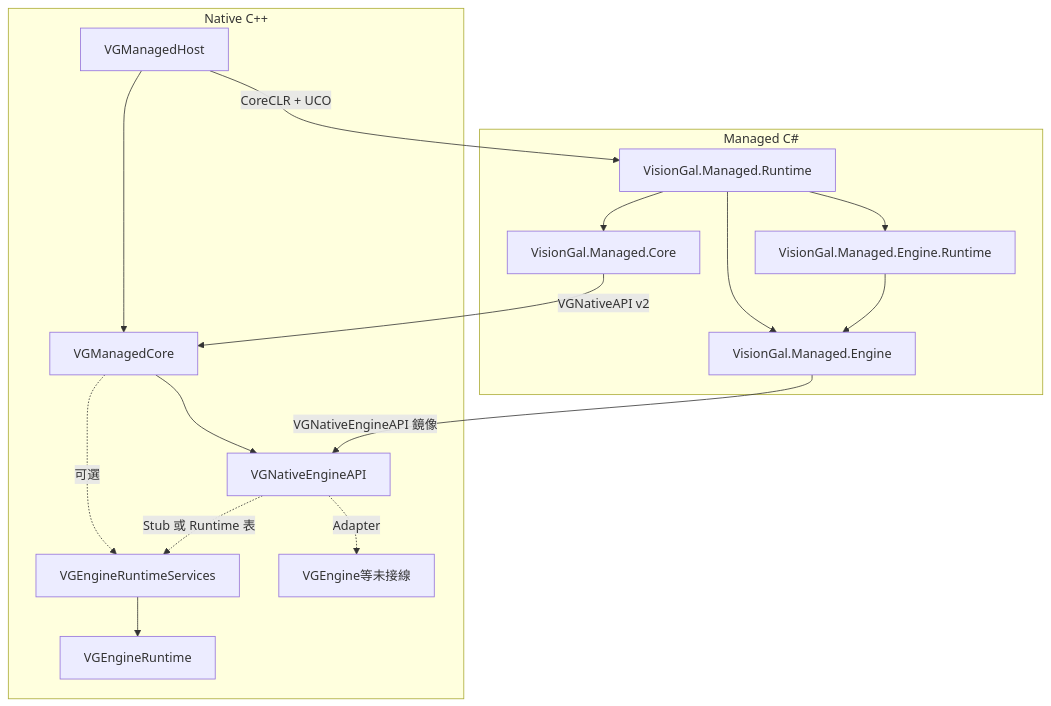
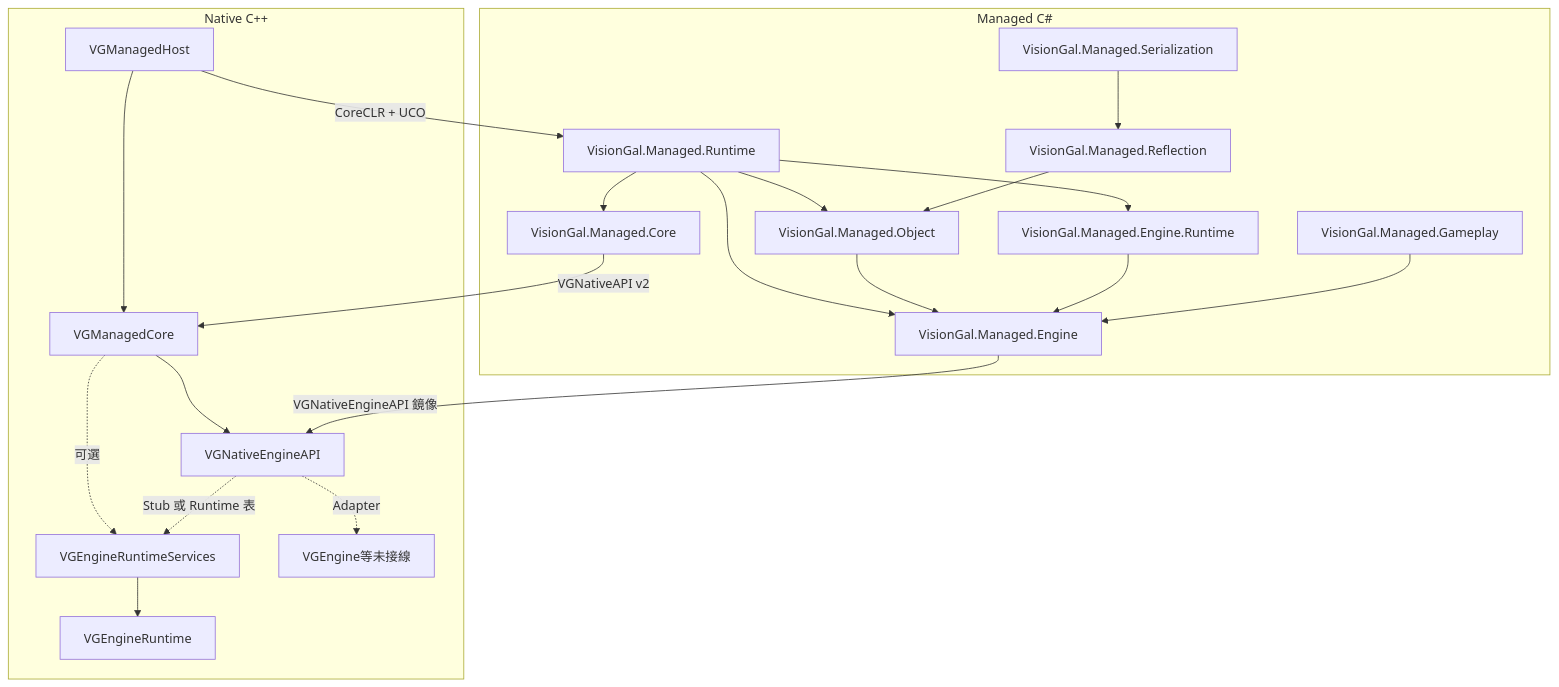
One commit to DarlingZeroX/Neverness changed the diagram in Engine/Source/Managed/MANAGED_RUNTIME_ARCHITECTURE_AND_PROGRESS.md. Above: the diagram before and after it, drawn with Mermaid. The commit also changed other lines of this file and 938 other files, not shown here.

````diff
--- a/Engine/Source/Managed/MANAGED_RUNTIME_ARCHITECTURE_AND_PROGRESS.md
+++ b/Engine/Source/Managed/MANAGED_RUNTIME_ARCHITECTURE_AND_PROGRESS.md
@@ -9,30 +9,39 @@
 ```mermaid
 flowchart TB
   subgraph native [Native C++]
     Host[VGManagedHost]
     Core[VGManagedCore]
     EngABI[VGNativeEngineAPI]
     EngRt[VGEngineRuntime]
     EngRtSvc[VGEngineRuntimeServices]
     Future[VGEngine等未接線]
     Host --> Core
     Core --> EngABI
     Core -.->|可選| EngRtSvc
     EngRtSvc --> EngRt
     EngABI -.->|Stub 或 Runtime 表| EngRtSvc
     EngABI -.->|Adapter| Future
   end
   subgraph managed [Managed C#]
     MRuntime[VisionGal.Managed.Runtime]
     MCore[VisionGal.Managed.Core]
     MEng[VisionGal.Managed.Engine]
     MEngRt[VisionGal.Managed.Engine.Runtime]
+    MObj[VisionGal.Managed.Object]
+    MRefl[VisionGal.Managed.Reflection]
+    MSer[VisionGal.Managed.Serialization]
+    MGameplay[VisionGal.Managed.Gameplay]
     MRuntime --> MCore
     MRuntime --> MEng
     MRuntime --> MEngRt
+    MRuntime --> MObj
+    MObj --> MEng
+    MRefl --> MObj
+    MSer --> MRefl
     MEngRt --> MEng
+    MGameplay --> MEng
   end
   MCore -->|"VGNativeAPI v2"| Core
   MEng -->|"VGNativeEngineAPI 鏡像"| EngABI
   Host -->|"CoreCLR + UCO"| MRuntime
 ```
````
